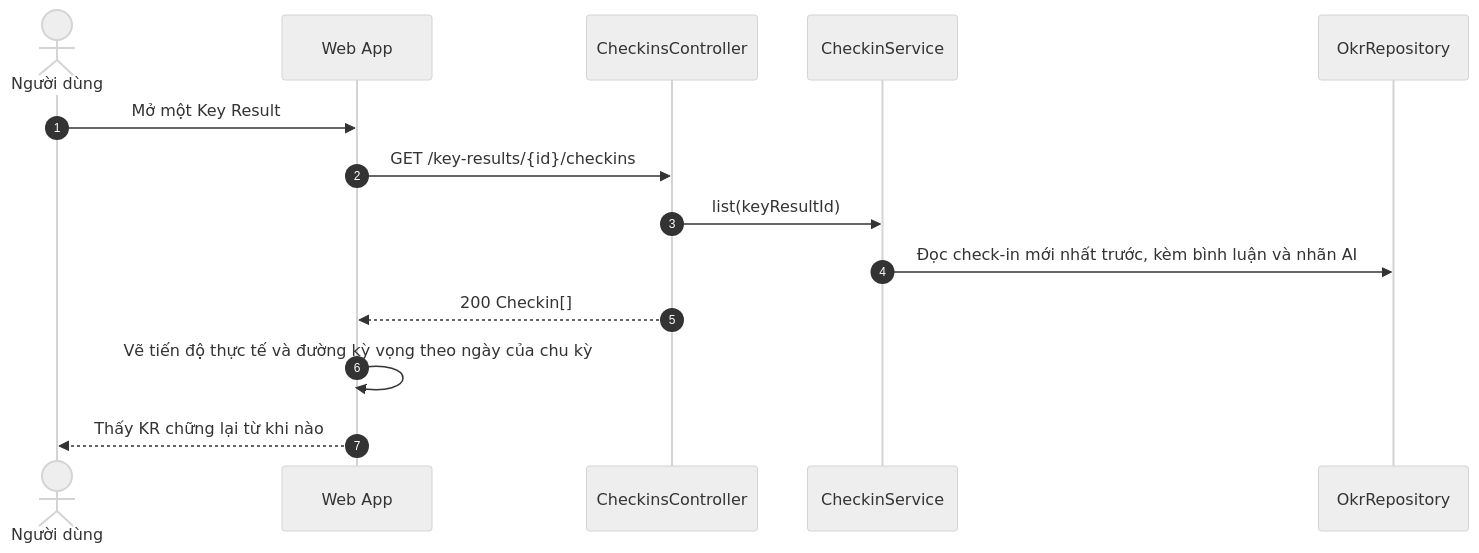
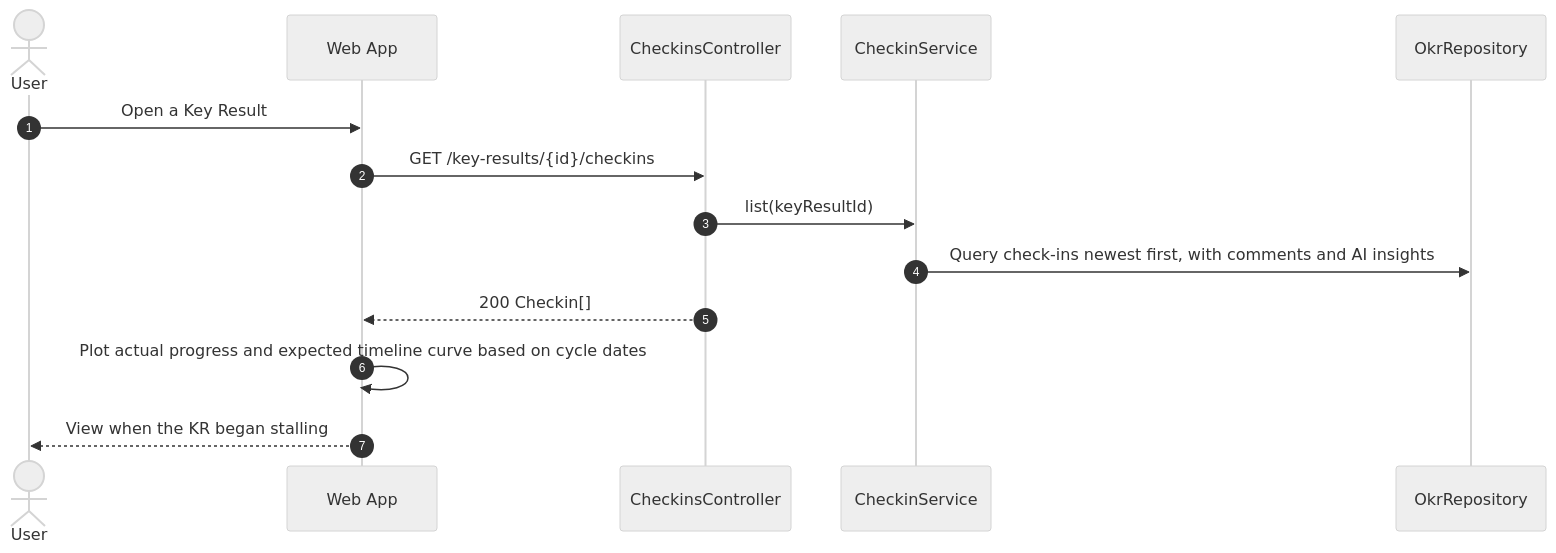
One commit to Akaza-ban/OCK-360 changed diagram 13 of 32 in docs/architecture/sequence-diagrams.md. Above: the diagram before and after it, drawn with Mermaid (neutral theme). The commit also changed other lines of this file and 24 other files, not shown here.

````diff
--- a/docs/architecture/sequence-diagrams.md
+++ b/docs/architecture/sequence-diagrams.md
@@ -486,17 +486,17 @@
 ```mermaid
 sequenceDiagram
     autonumber
-    actor U as Người dùng
+    actor U as User
     participant W as Web App
     participant C as CheckinsController
     participant S as CheckinService
     participant R as OkrRepository
 
-    U->>W: Mở một Key Result
+    U->>W: Open a Key Result
     W->>C: GET /key-results/{id}/checkins
     C->>S: list(keyResultId)
-    S->>R: Đọc check-in mới nhất trước, kèm bình luận và nhãn AI
+    S->>R: Query check-ins newest first, with comments and AI insights
     C-->>W: 200 Checkin[]
-    W->>W: Vẽ tiến độ thực tế và đường kỳ vọng theo ngày của chu kỳ
-    W-->>U: Thấy KR chững lại từ khi nào
+    W->>W: Plot actual progress and expected timeline curve based on cycle dates
+    W-->>U: View when the KR began stalling
 ```
````
